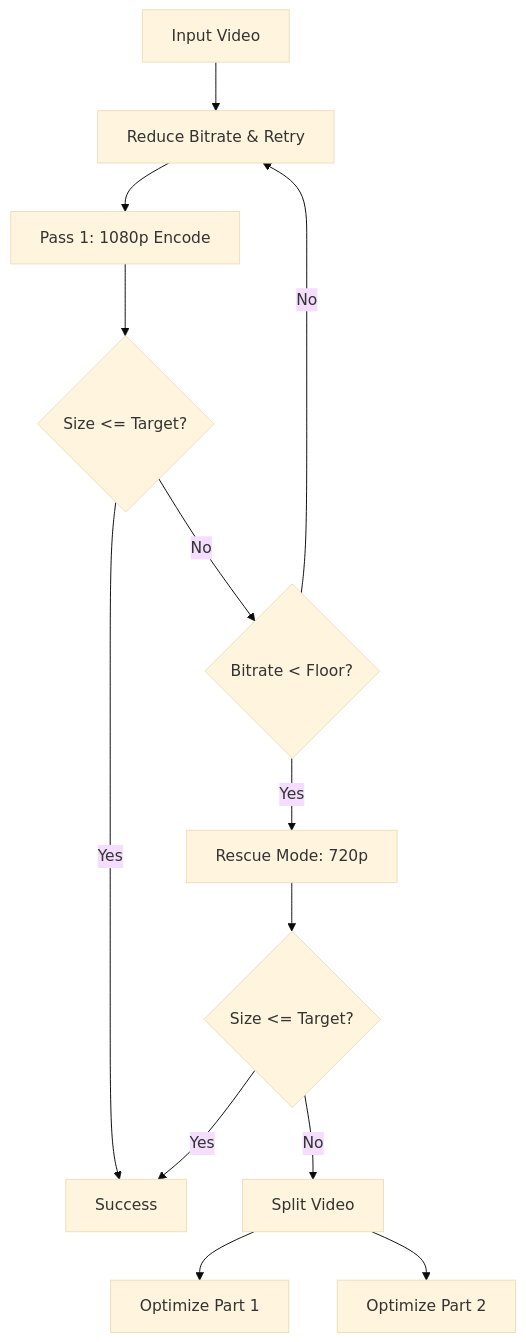
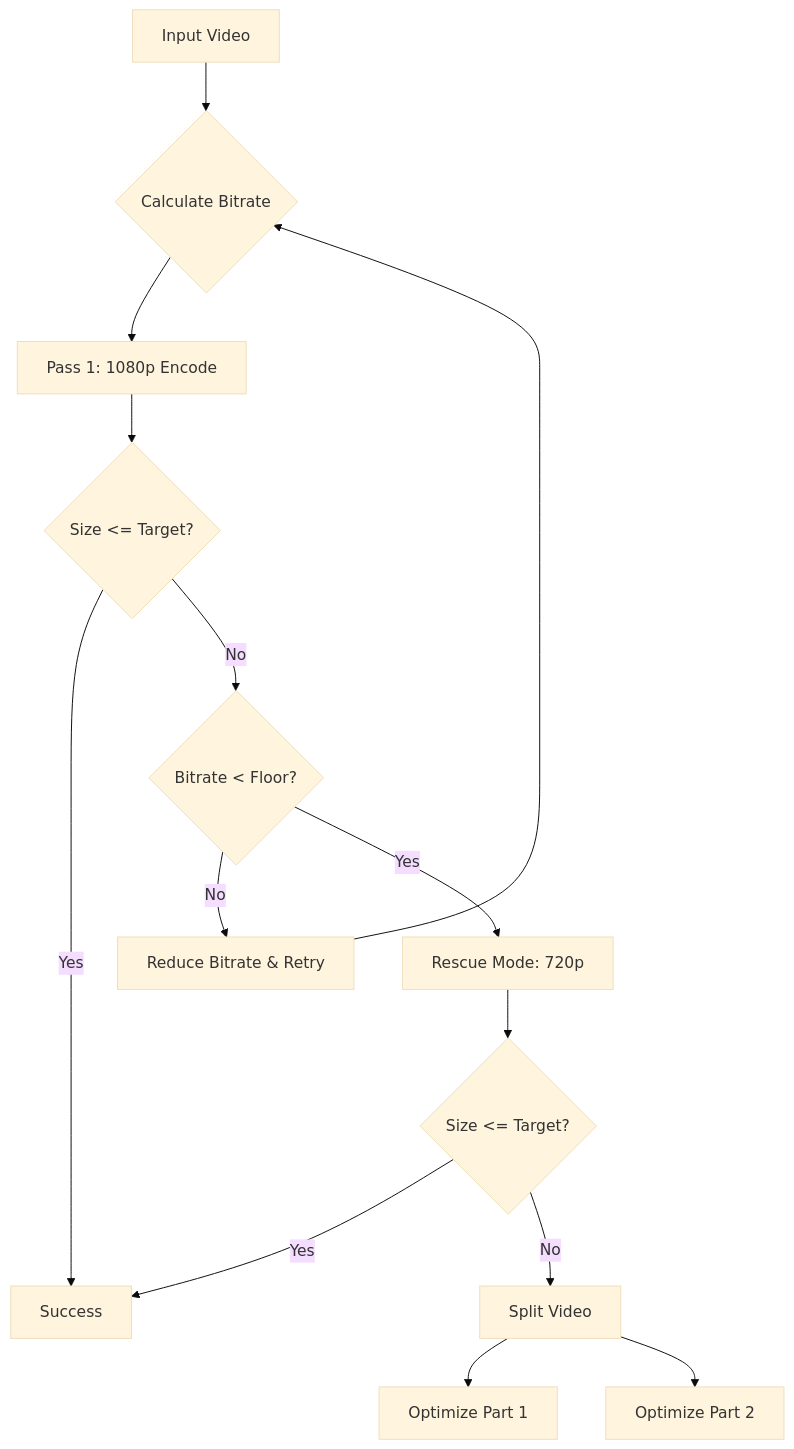
The diagram in README.md (nunogomes255/ffmpeg-shrinkwrap), drawn with Mermaid (base theme) before and after one commit.

Commit message:
Fix README.md mermaid graph

````diff
--- a/README.md
+++ b/README.md
@@ -35,15 +35,21 @@
 ```mermaid
-graph TD
+flowchart TD
     A[Input Video] --> B{Calculate Bitrate}
     B --> C[Pass 1: 1080p Encode]
     C --> D{Size <= Target?}
+
     D -- Yes --> E[Success]
     D -- No --> F{Bitrate < Floor?}
-    F -- No --> B[Reduce Bitrate & Retry]
+
+    F -- No --> R[Reduce Bitrate & Retry]
+    R --> B
+
     F -- Yes --> G[Rescue Mode: 720p]
     G --> H{Size <= Target?}
+
     H -- Yes --> E
     H -- No --> I[Split Video]
+
     I --> J[Optimize Part 1]
     I --> K[Optimize Part 2]
 ```
````
